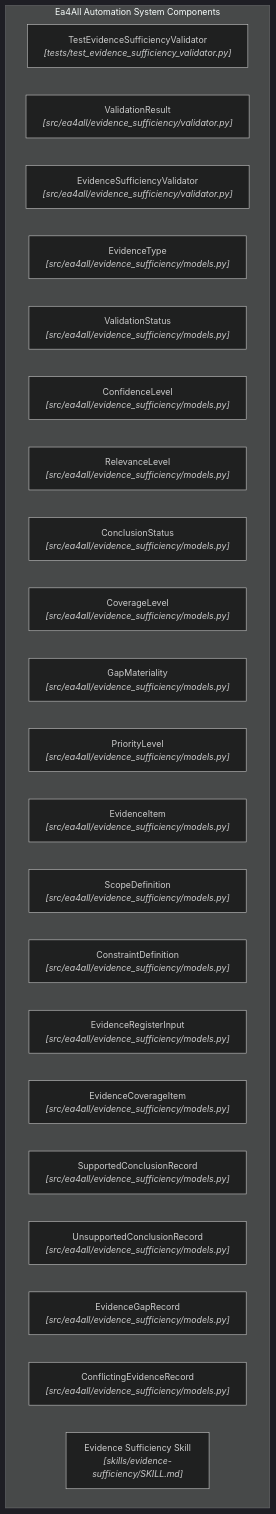
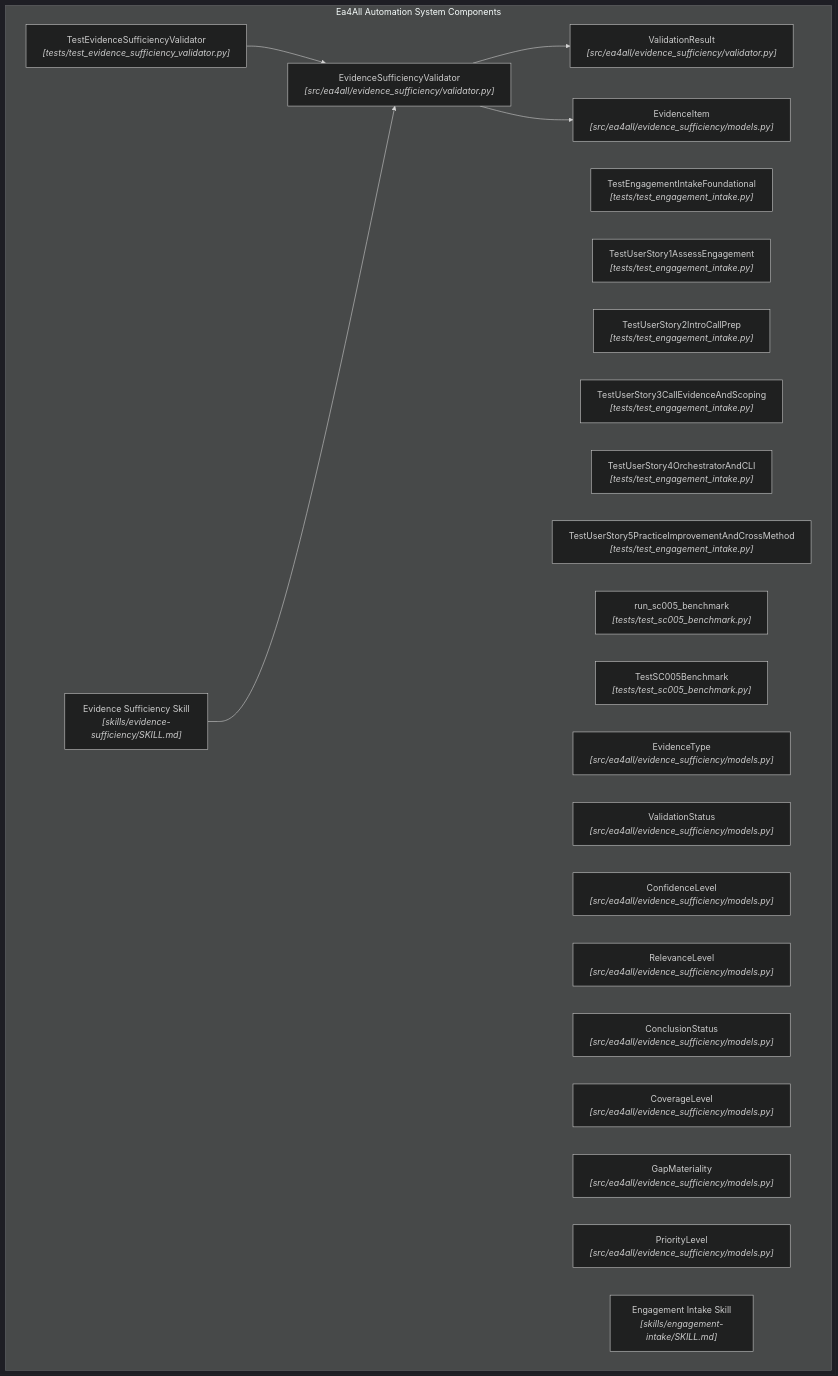
Before and after one commit to cas-governance-portal/cas-governance-portal.github.io: the diagram in projects/ea4all-automation/architecture-state/diagrams/components.mmd, drawn with Mermaid (dark theme). The commit also changed other lines of this file and 121 other files, not shown here.

```diff
--- a/projects/ea4all-automation/architecture-state/diagrams/components.mmd
+++ b/projects/ea4all-automation/architecture-state/diagrams/components.mmd
@@ -1,24 +1,29 @@
 flowchart TD
     subgraph Components["Ea4All Automation System Components"]
         comp_testevidencesufficiencyvalidator["TestEvidenceSufficiencyValidator<br/><i>[tests/test_evidence_sufficiency_validator.py]</i>"]
+        comp_testengagementintakefoundational["TestEngagementIntakeFoundational<br/><i>[tests/test_engagement_intake.py]</i>"]
+        comp_testuserstory1assessengagement["TestUserStory1AssessEngagement<br/><i>[tests/test_engagement_intake.py]</i>"]
+        comp_testuserstory2introcallprep["TestUserStory2IntroCallPrep<br/><i>[tests/test_engagement_intake.py]</i>"]
+        comp_testuserstory3callevidenceandscoping["TestUserStory3CallEvidenceAndScoping<br/><i>[tests/test_engagement_intake.py]</i>"]
+        comp_testuserstory4orchestratorandcli["TestUserStory4OrchestratorAndCLI<br/><i>[tests/test_engagement_intake.py]</i>"]
+        comp_testuserstory5practiceimprovementandcrossmethod["TestUserStory5PracticeImprovementAndCrossMethod<br/><i>[tests/test_engagement_intake.py]</i>"]
+        comp_run_sc005_benchmark["run_sc005_benchmark<br/><i>[tests/test_sc005_benchmark.py]</i>"]
+        comp_testsc005benchmark["TestSC005Benchmark<br/><i>[tests/test_sc005_benchmark.py]</i>"]
         comp_validationresult["ValidationResult<br/><i>[src/ea4all/evidence_sufficiency/validator.py]</i>"]
         comp_evidencesufficiencyvalidator["EvidenceSufficiencyValidator<br/><i>[src/ea4all/evidence_sufficiency/validator.py]</i>"]
         comp_evidencetype["EvidenceType<br/><i>[src/ea4all/evidence_sufficiency/models.py]</i>"]
         comp_validationstatus["ValidationStatus<br/><i>[src/ea4all/evidence_sufficiency/models.py]</i>"]
         comp_confidencelevel["ConfidenceLevel<br/><i>[src/ea4all/evidence_sufficiency/models.py]</i>"]
         comp_relevancelevel["RelevanceLevel<br/><i>[src/ea4all/evidence_sufficiency/models.py]</i>"]
         comp_conclusionstatus["ConclusionStatus<br/><i>[src/ea4all/evidence_sufficiency/models.py]</i>"]
         comp_coveragelevel["CoverageLevel<br/><i>[src/ea4all/evidence_sufficiency/models.py]</i>"]
         comp_gapmateriality["GapMateriality<br/><i>[src/ea4all/evidence_sufficiency/models.py]</i>"]
         comp_prioritylevel["PriorityLevel<br/><i>[src/ea4all/evidence_sufficiency/models.py]</i>"]
         comp_evidenceitem["EvidenceItem<br/><i>[src/ea4all/evidence_sufficiency/models.py]</i>"]
-        comp_scopedefinition["ScopeDefinition<br/><i>[src/ea4all/evidence_sufficiency/models.py]</i>"]
-        comp_constraintdefinition["ConstraintDefinition<br/><i>[src/ea4all/evidence_sufficiency/models.py]</i>"]
-        comp_evidenceregisterinput["EvidenceRegisterInput<br/><i>[src/ea4all/evidence_sufficiency/models.py]</i>"]
-        comp_evidencecoverageitem["EvidenceCoverageItem<br/><i>[src/ea4all/evidence_sufficiency/models.py]</i>"]
-        comp_supportedconclusionrecord["SupportedConclusionRecord<br/><i>[src/ea4all/evidence_sufficiency/models.py]</i>"]
-        comp_unsupportedconclusionrecord["UnsupportedConclusionRecord<br/><i>[src/ea4all/evidence_sufficiency/models.py]</i>"]
-        comp_evidencegaprecord["EvidenceGapRecord<br/><i>[src/ea4all/evidence_sufficiency/models.py]</i>"]
-        comp_conflictingevidencerecord["ConflictingEvidenceRecord<br/><i>[src/ea4all/evidence_sufficiency/models.py]</i>"]
+        comp_skill_engagement_intake["Engagement Intake Skill<br/><i>[skills/engagement-intake/SKILL.md]</i>"]
         comp_skill_evidence_sufficiency["Evidence Sufficiency Skill<br/><i>[skills/evidence-sufficiency/SKILL.md]</i>"]
     end
+    comp_testevidencesufficiencyvalidator --> comp_evidencesufficiencyvalidator
+    comp_evidencesufficiencyvalidator --> comp_validationresult
+    comp_evidencesufficiencyvalidator --> comp_evidenceitem
+    comp_skill_evidence_sufficiency --> comp_evidencesufficiencyvalidator
```
